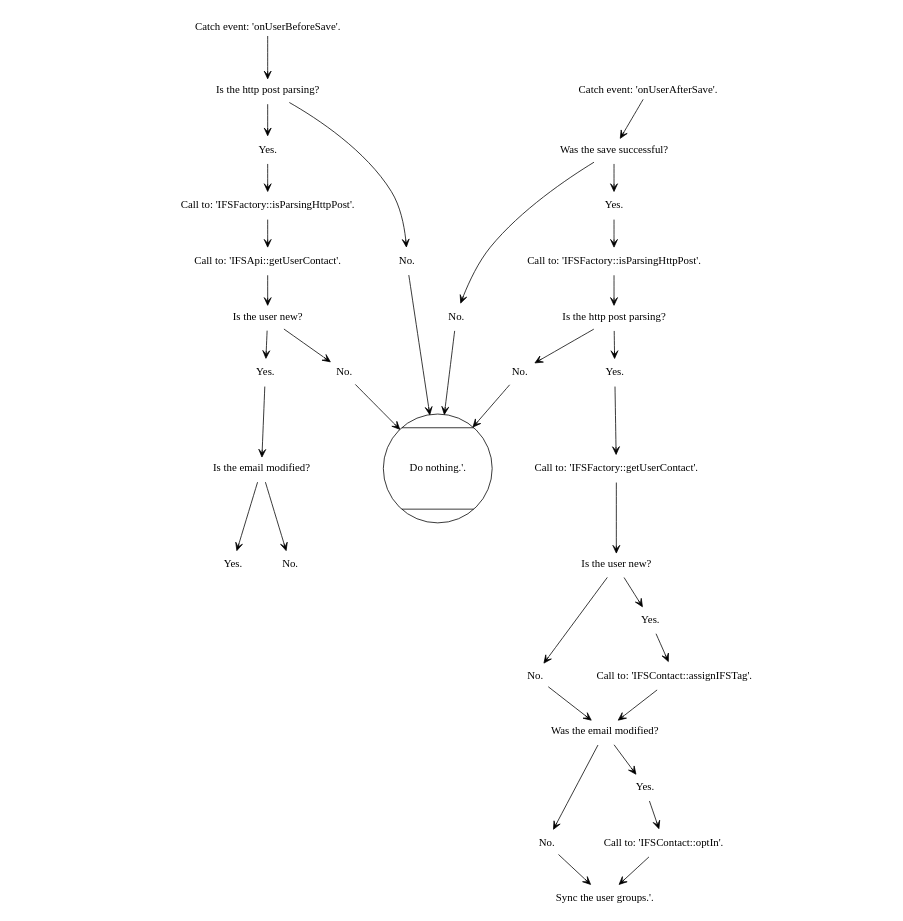
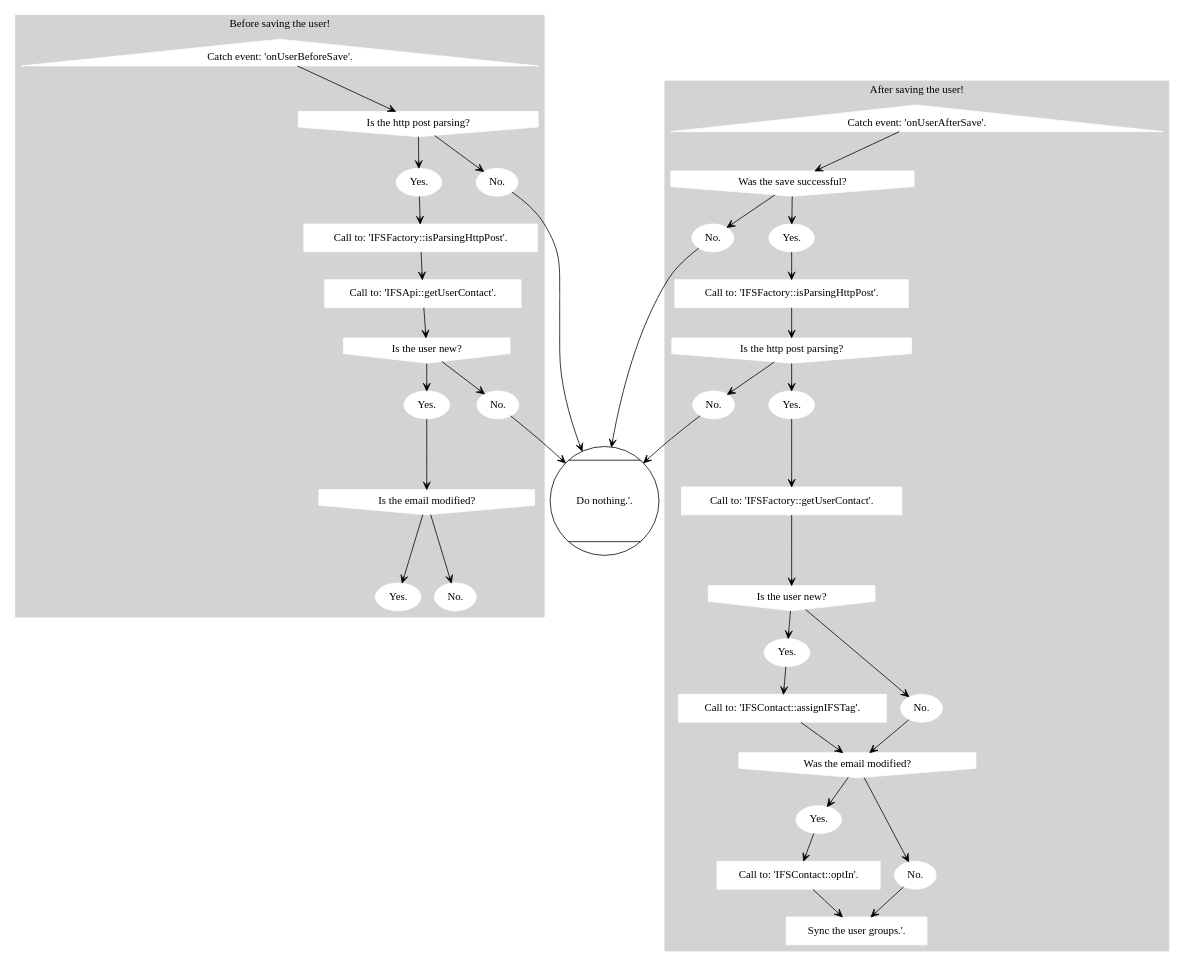
The diagram in docs/procedures/upload_user.rst (treste91/JoomFuse), drawn with Graphviz before and after one commit.

```diff
--- a/docs/procedures/upload_user.rst
+++ b/docs/procedures/upload_user.rst
@@ -2,7 +2,7 @@
 
    digraph {
 
-      subgraph a {
+      subgraph cluster_1 {
       
         style=filled;
         color=lightgrey;
@@ -24,7 +24,7 @@
         
       }
       
-      subgraph b {
+      subgraph cluster_2 {
       
         style=filled;
         color=lightgrey;
```
